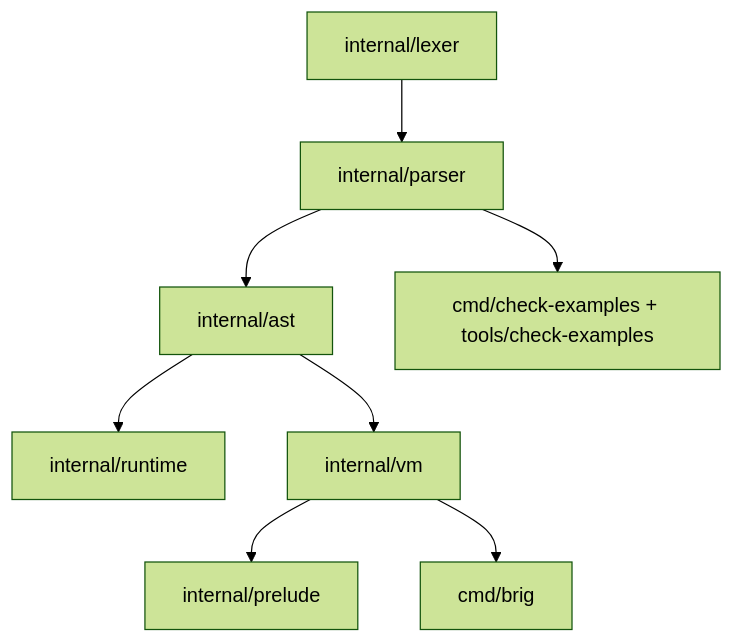
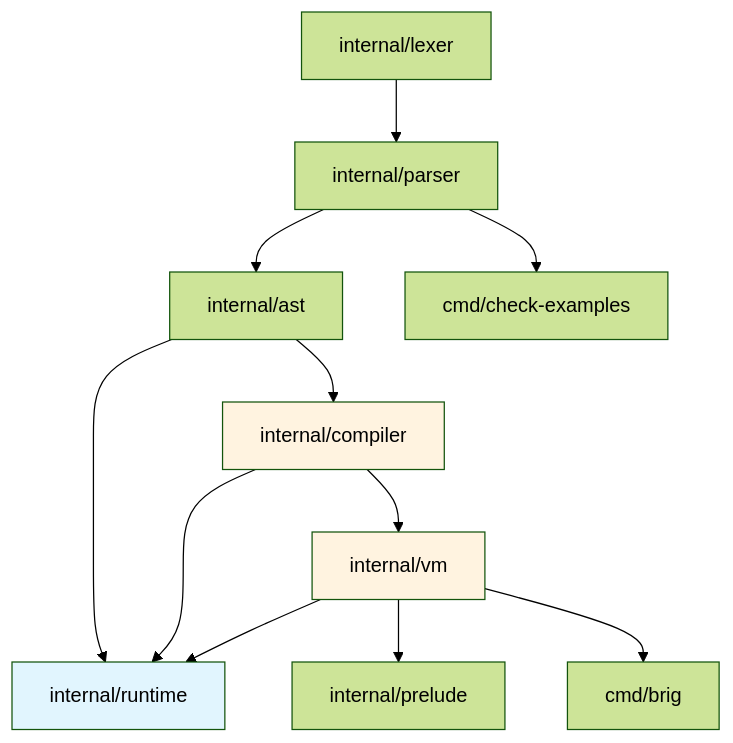
One commit to it1ro/brig-lang changed the diagram in docs/architecture.md. Above: the diagram before and after it, drawn with Mermaid (forest theme). The commit also changed other lines of this file, not shown here.

Commit message:
docs: update architecture notes

````diff
--- a/docs/architecture.md
+++ b/docs/architecture.md
@@ -49,10 +71,17 @@
 ```mermaid
 graph TD
     L[internal/lexer] --> P[internal/parser]
     P --> A[internal/ast]
+    A --> C[internal/compiler]
     A --> R[internal/runtime]
-    A --> V[internal/vm]
+    C --> V[internal/vm]
+    C --> R
+    V --> R
     V --> Pr[internal/prelude]
-    P --> CE[cmd/check-examples + tools/check-examples]
-    V --> C[cmd/brig]
+    P --> CE[cmd/check-examples]
+    V --> CMD[cmd/brig]
+
+    style R fill:#e1f5fe
+    style V fill:#fff3e0
+    style C fill:#fff3e0
 ```
````
